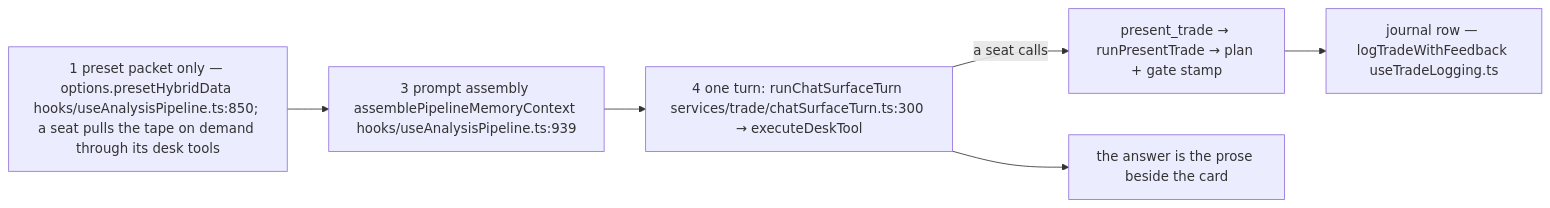
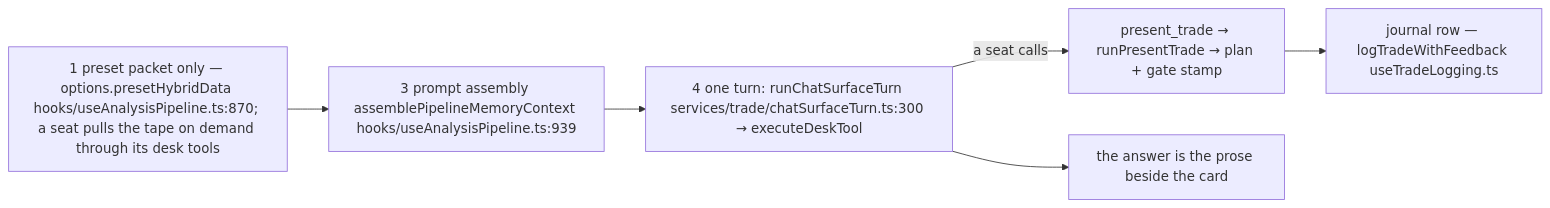
The third of 8 diagrams in docs/app-flow.md (Acepay25/august-3.5), drawn with Mermaid before and after one commit. The commit also changed other lines of this file and 7 other files, not shown here.

````diff
--- a/docs/app-flow.md
+++ b/docs/app-flow.md
@@ -260,8 +260,8 @@
 ```mermaid
 flowchart LR
-    S1["1 preset packet only — options.presetHybridData hooks/useAnalysisPipeline.ts:850; a seat pulls the tape on demand through its desk tools"] --> S3["3 prompt assembly assemblePipelineMemoryContext hooks/useAnalysisPipeline.ts:939"]
+    S1["1 preset packet only — options.presetHybridData hooks/useAnalysisPipeline.ts:870; a seat pulls the tape on demand through its desk tools"] --> S3["3 prompt assembly assemblePipelineMemoryContext hooks/useAnalysisPipeline.ts:939"]
     S3 --> S4["4 one turn: runChatSurfaceTurn services/trade/chatSurfaceTurn.ts:300 → executeDeskTool"]
     S4 -->|a seat calls| PT["present_trade → runPresentTrade → plan + gate stamp"]
     PT --> JR["journal row — logTradeWithFeedback useTradeLogging.ts"]
     S4 --> ANS["the answer is the prose beside the card"]
 ```
````
